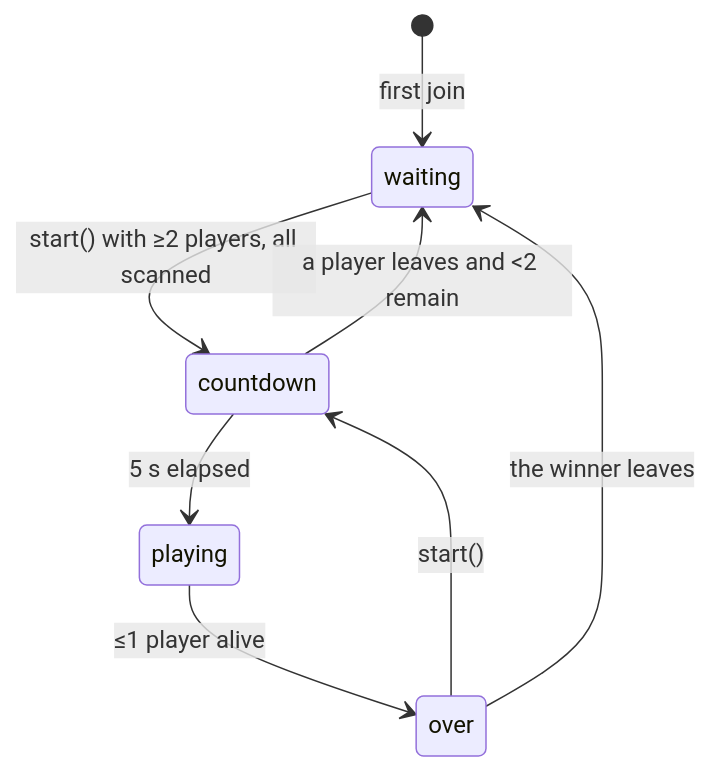
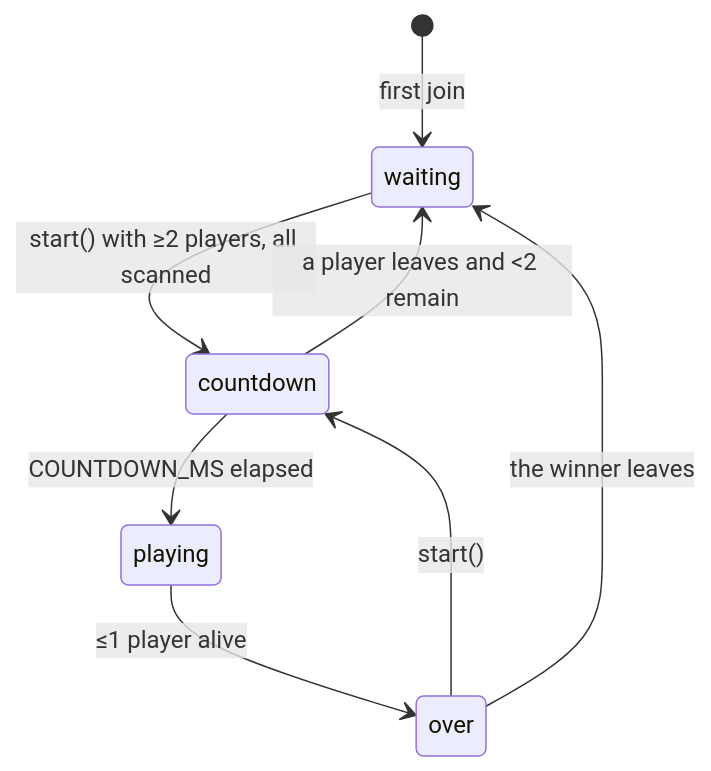
Before and after one commit to Basiliskenzahn/Laser-Tag: the diagram in docs/server/game-rules.md, drawn with Mermaid. The commit also changed other lines of this file and 19 other files, not shown here.

````diff
--- a/docs/server/game-rules.md
+++ b/docs/server/game-rules.md
@@ -22,10 +24,10 @@
 ```mermaid
 stateDiagram-v2
   [*] --> waiting: first join
   waiting --> countdown: start() with ≥2 players, all scanned
-  countdown --> playing: 5 s elapsed
+  countdown --> playing: COUNTDOWN_MS elapsed
   countdown --> waiting: a player leaves and <2 remain
   playing --> over: ≤1 player alive
   over --> countdown: start()
   over --> waiting: the winner leaves
 ```
````
